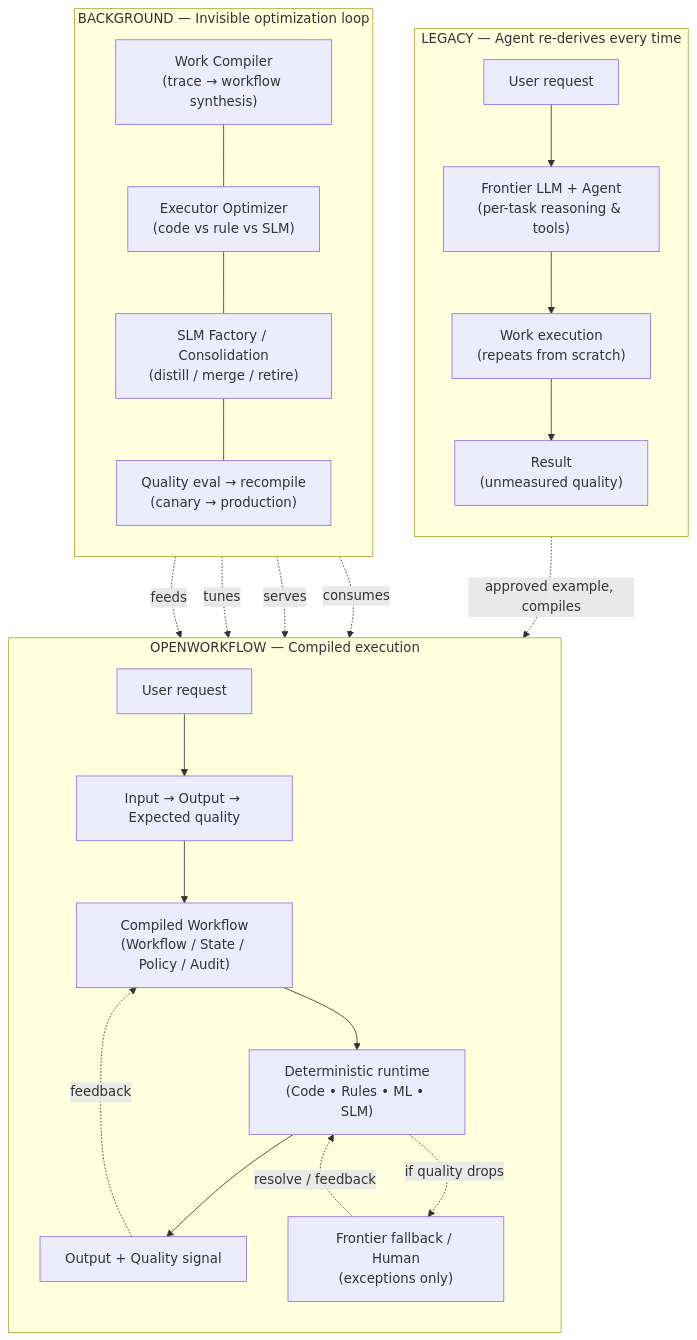
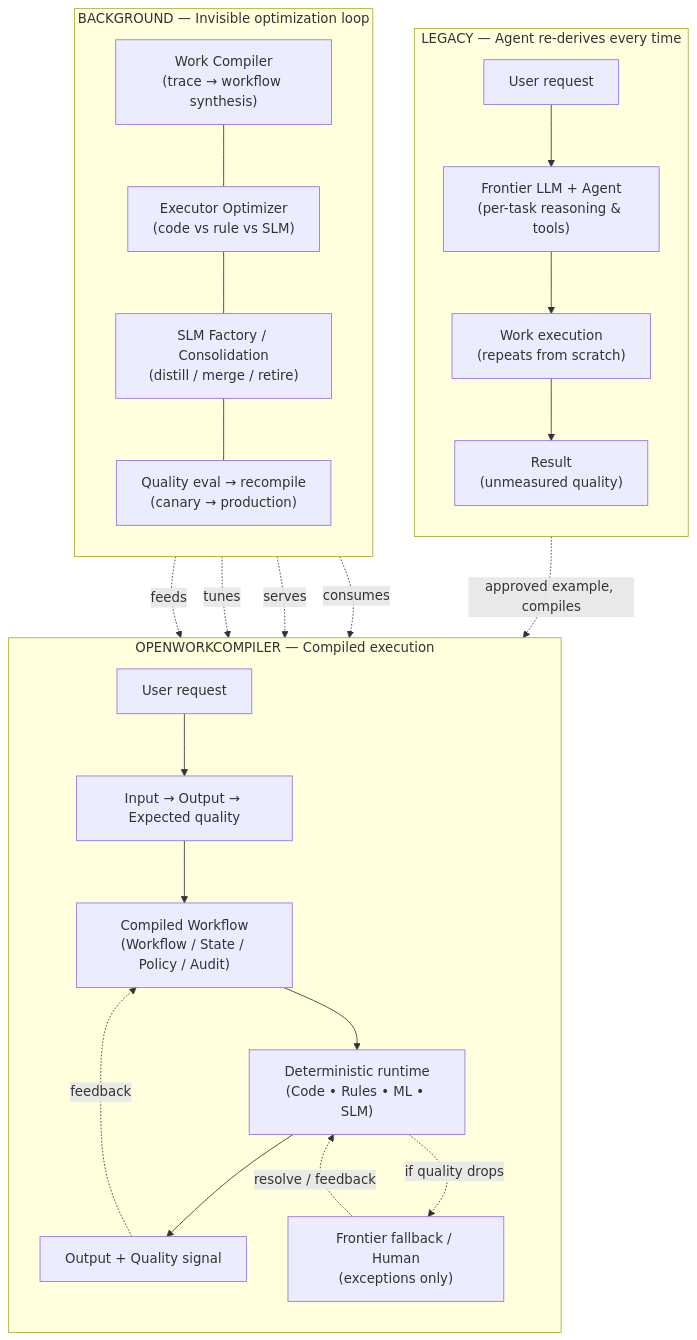
Before and after one commit to baryonlabs/workcompiler: the diagram in docs/pipeline.mmd, drawn with Mermaid. The commit also changed 169 other files, not shown here.

```diff
--- a/docs/pipeline.mmd
+++ b/docs/pipeline.mmd
@@ -1,38 +1,38 @@
 flowchart TB
     subgraph LEFT["LEGACY — Agent re-derives every time"]
         direction TB
         L1["User request"]
         L2["Frontier LLM + Agent<br/>(per-task reasoning &amp; tools)"]
         L3["Work execution<br/>(repeats from scratch)"]
         L4["Result<br/>(unmeasured quality)"]
         L1 --> L2 --> L3 --> L4
     end
 
-    subgraph RIGHT["OPENWORKFLOW — Compiled execution"]
+    subgraph RIGHT["OPENWORKCOMPILER — Compiled execution"]
         direction TB
         R1["User request"]
         R2["Input → Output → Expected quality"]
         R3["Compiled Workflow<br/>(Workflow / State / Policy / Audit)"]
         R4["Deterministic runtime<br/>(Code • Rules • ML • SLM)"]
         R5["Frontier fallback / Human<br/>(exceptions only)"]
         R6["Output + Quality signal"]
         R1 --> R2 --> R3 --> R4 --> R6
         R4 -. "if quality drops" .-> R5
         R5 -. "resolve / feedback" .-> R4
         R6 -. "feedback" .-> R3
     end
 
     subgraph BG["BACKGROUND — Invisible optimization loop"]
         direction TB
         B1["Work Compiler<br/>(trace → workflow synthesis)"]
         B2["Executor Optimizer<br/>(code vs rule vs SLM)"]
         B3["SLM Factory / Consolidation<br/>(distill / merge / retire)"]
         B4["Quality eval → recompile<br/>(canary → production)"]
         B1 --- B2 --- B3 --- B4
     end
 
     L4 -. "approved example, compiles" .-> R3
     B1 -. "feeds" .-> R3
     B2 -. "tunes" .-> R4
     B3 -. "serves" .-> R4
     B4 -. "consumes" .-> R6
```
